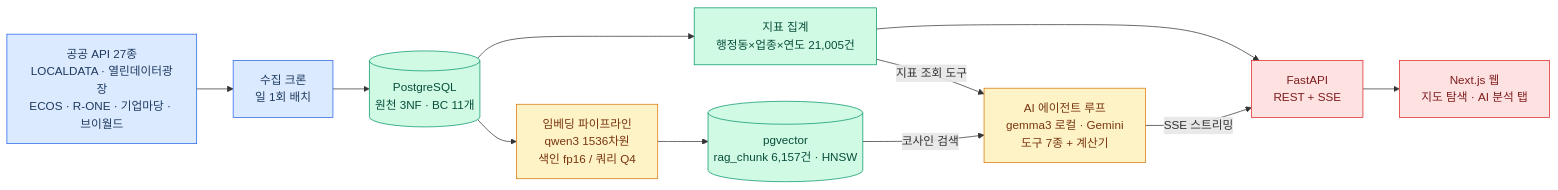
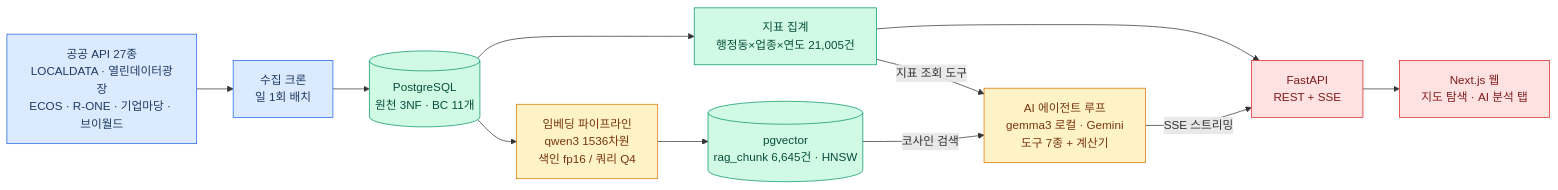
Before and after one commit to beyondfacade/metabole.beyondfacade.cloud: the first of 2 diagrams in jekyll/deliverables/high-level-design.md, drawn with Mermaid. The commit also changed 4 other files, not shown here.

First line of the commit message:
ERD 페이지 신설: 실DB 스키마 기준 최종 ERD (21테이블)

````diff
--- a/jekyll/deliverables/high-level-design.md
+++ b/jekyll/deliverables/high-level-design.md
@@ -19,26 +19,26 @@
 ```mermaid
 flowchart LR
   classDef ingest fill:#dbeafe,stroke:#2563eb,color:#1e3a5f
   classDef data fill:#d1fae5,stroke:#059669,color:#064e3b
   classDef ai fill:#fef3c7,stroke:#d97706,color:#78350f
   classDef serve fill:#fee2e2,stroke:#dc2626,color:#7f1d1d
 
   A1[공공 API 27종<br>LOCALDATA · 열린데이터광장<br>ECOS · R-ONE · 기업마당 · 브이월드]:::ingest
   A2[수집 크론<br>일 1회 배치]:::ingest
   B1[(PostgreSQL<br>원천 3NF · BC 11개)]:::data
   B2[지표 집계<br>행정동×업종×연도 21,005건]:::data
-  B3[(pgvector<br>rag_chunk 6,157건 · HNSW)]:::data
+  B3[(pgvector<br>rag_chunk 6,645건 · HNSW)]:::data
   C1[임베딩 파이프라인<br>qwen3 1536차원<br>색인 fp16 / 쿼리 Q4]:::ai
   C2[AI 에이전트 루프<br>gemma3 로컬 · Gemini<br>도구 7종 + 계산기]:::ai
   D1[FastAPI<br>REST + SSE]:::serve
   D2[Next.js 웹<br>지도 탐색 · AI 분석 탭]:::serve
 
   A1 --> A2 --> B1
   B1 --> B2
   B1 --> C1 --> B3
   B2 --> D1
   B3 -->|"코사인 검색"| C2
   B2 -->|"지표 조회 도구"| C2
   C2 -->|"SSE 스트리밍"| D1
   D1 --> D2
 ```
````
